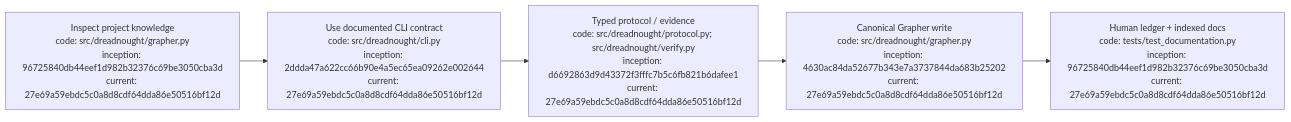
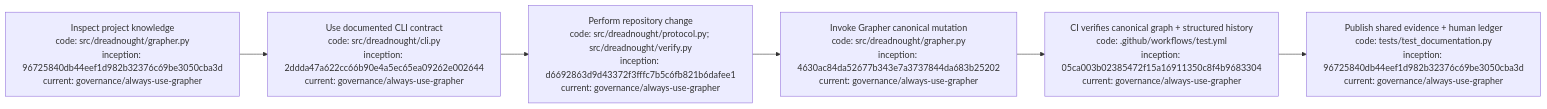
Before and after one commit to seanbman/dreadnought: the diagram in AGENTS.md, drawn with Mermaid. The commit also changed other lines of this file, not shown here.

Commit message:
governance: require actual Grapher use for every repo change

````diff
--- a/AGENTS.md
+++ b/AGENTS.md
@@ -34,7 +38,8 @@
 ```mermaid
 flowchart LR
-    I["Inspect project knowledge\ncode: src/dreadnought/grapher.py\ninception: 96725840db44eef1d982b32376c69be3050cba3d\ncurrent: 27e69a59ebdc5c0a8d8cdf64dda86e50516bf12d"] --> W["Use documented CLI contract\ncode: src/dreadnought/cli.py\ninception: 2ddda47a622cc66b90e4a5ec65ea09262e002644\ncurrent: 27e69a59ebdc5c0a8d8cdf64dda86e50516bf12d"]
-    W --> P["Typed protocol / evidence\ncode: src/dreadnought/protocol.py; src/dreadnought/verify.py\ninception: d6692863d9d43372f3fffc7b5c6fb821b6dafee1\ncurrent: 27e69a59ebdc5c0a8d8cdf64dda86e50516bf12d"]
-    P --> G["Canonical Grapher write\ncode: src/dreadnought/grapher.py\ninception: 4630ac84da52677b343e7a3737844da683b25202\ncurrent: 27e69a59ebdc5c0a8d8cdf64dda86e50516bf12d"]
-    G --> D["Human ledger + indexed docs\ncode: tests/test_documentation.py\ninception: 96725840db44eef1d982b32376c69be3050cba3d\ncurrent: 27e69a59ebdc5c0a8d8cdf64dda86e50516bf12d"]
+    I["Inspect project knowledge\ncode: src/dreadnought/grapher.py\ninception: 96725840db44eef1d982b32376c69be3050cba3d\ncurrent: governance/always-use-grapher"] --> W["Use documented CLI contract\ncode: src/dreadnought/cli.py\ninception: 2ddda47a622cc66b90e4a5ec65ea09262e002644\ncurrent: governance/always-use-grapher"]
+    W --> P["Perform repository change\ncode: src/dreadnought/protocol.py; src/dreadnought/verify.py\ninception: d6692863d9d43372f3fffc7b5c6fb821b6dafee1\ncurrent: governance/always-use-grapher"]
+    P --> G["Invoke Grapher canonical mutation\ncode: src/dreadnought/grapher.py\ninception: 4630ac84da52677b343e7a3737844da683b25202\ncurrent: governance/always-use-grapher"]
+    G --> C["CI verifies canonical graph + structured history\ncode: .github/workflows/test.yml\ninception: 05ca003b02385472f15a16911350c8f4b9683304\ncurrent: governance/always-use-grapher"]
+    C --> D["Publish shared evidence + human ledger\ncode: tests/test_documentation.py\ninception: 96725840db44eef1d982b32376c69be3050cba3d\ncurrent: governance/always-use-grapher"]
 ```
````
